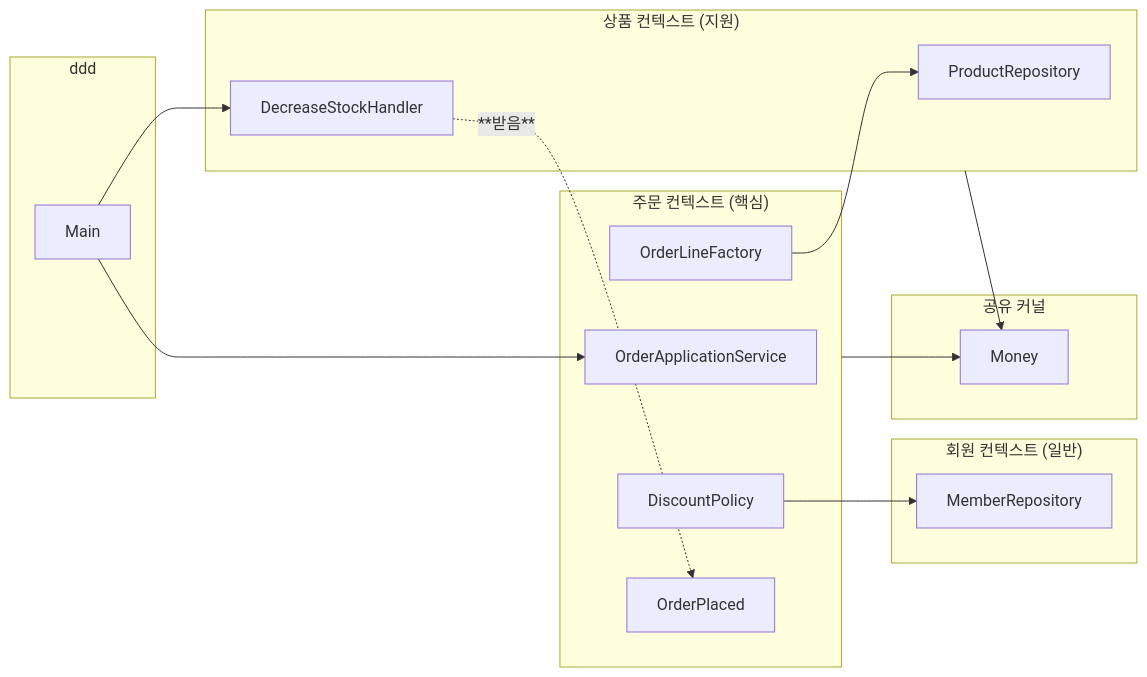
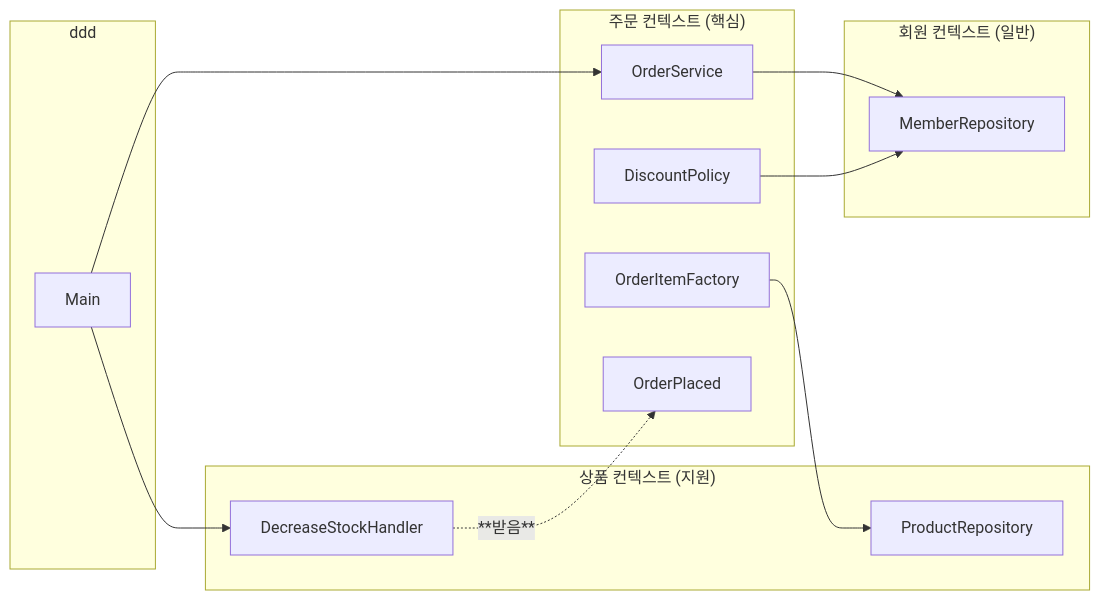
Before and after one commit to busan-bank-2026/ddd-example: the diagram in .projectcode/chapters/bounded-contexts/diagrams/flow.md, drawn with Mermaid. The commit also changed other lines of this file and 15 other files, not shown here.

````diff
--- a/.projectcode/chapters/bounded-contexts/diagrams/flow.md
+++ b/.projectcode/chapters/bounded-contexts/diagrams/flow.md
@@ -3,29 +3,25 @@
 ```mermaid
 flowchart LR
   subgraph main [ddd]
     M[Main]
   end
   subgraph order ["주문 컨텍스트 (핵심)"]
-    S[OrderApplicationService]
-    F[OrderLineFactory]
+    S[OrderService]
+    F[OrderItemFactory]
     P[DiscountPolicy]
     E[OrderPlaced]
   end
   subgraph catalog ["상품 컨텍스트 (지원)"]
     H[DecreaseStockHandler]
     R[ProductRepository]
   end
   subgraph member ["회원 컨텍스트 (일반)"]
     B[MemberRepository]
   end
-  subgraph shared [공유 커널]
-    Y[Money]
-  end
   M --> S
   M --> H
   F --> R
   P --> B
+  S --> B
   H -. **받음** .-> E
-  order --> Y
-  catalog --> Y
 ```
````
